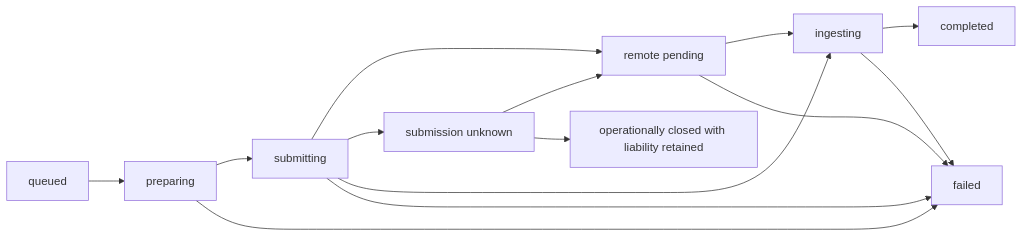
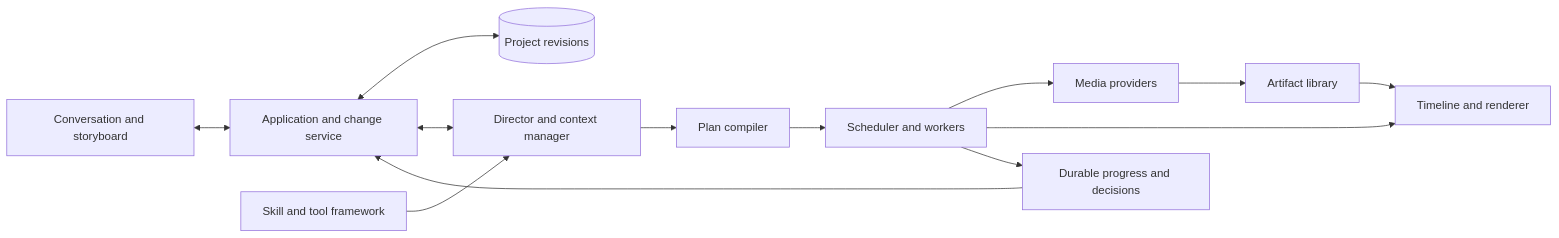
One commit to Michael-Ma/OpenSlate changed the first of 4 diagrams in docs/design/COMPONENT-DESIGN.md. Above: the diagram before and after it, drawn with Mermaid. The commit also changed other lines of this file and 8 other files, not shown here.

Commit message:
Refine skill framework and incremental execution design

````diff
--- a/docs/design/COMPONENT-DESIGN.md
+++ b/docs/design/COMPONENT-DESIGN.md
@@ -215,16 +10,15 @@
 ```mermaid
 flowchart LR
-    Q[queued] --> P[preparing]
-    P --> S[submitting]
-    S --> R[remote pending]
-    S --> U[submission unknown]
-    S --> I[ingesting]
-    S --> F[failed]
-    R --> I[ingesting]
-    I --> C[completed]
-    P --> F[failed]
-    R --> F
-    I --> F
-    U --> R
-    U --> X[operationally closed with liability retained]
+    UI[Conversation and storyboard] <--> App[Application and change service]
+    App <--> Store[(Project revisions)]
+    App <--> Agent[Director and context manager]
+    Framework[Skill and tool framework] --> Agent
+    Agent --> Compiler[Plan compiler]
+    Compiler --> Runner[Scheduler and workers]
+    Runner --> Providers[Media providers]
+    Runner --> Timeline[Timeline and renderer]
+    Providers --> Assets[Artifact library]
+    Assets --> Timeline
+    Runner --> Progress[Durable progress and decisions]
+    Progress --> App
 ```
````
